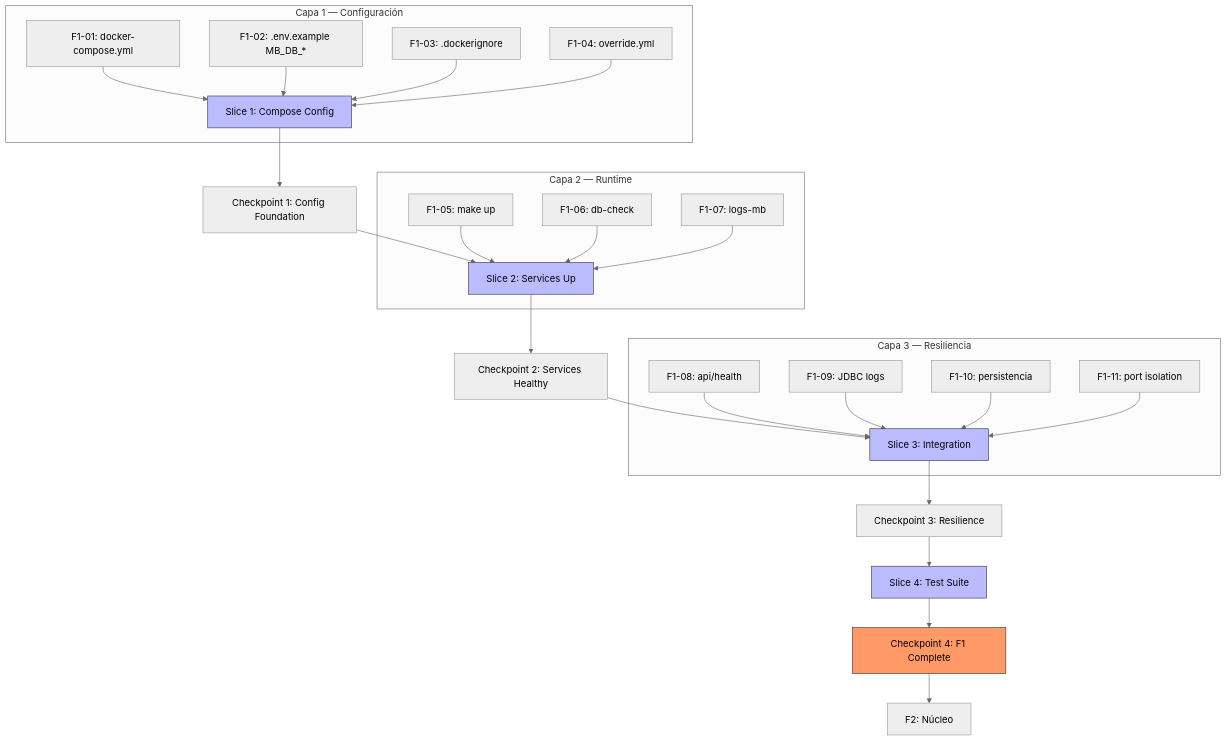
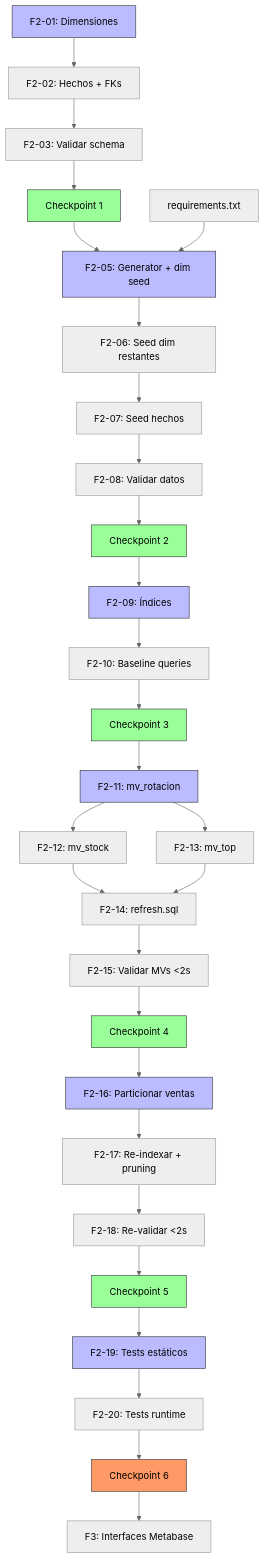
The diagram in tasks/plan.md (Fisherk2/dashboard-metabase-analiticas), drawn with Mermaid (neutral theme) before and after one commit. The commit also changed other lines of this file and 1 other file, not shown here.

First line of the commit message:
plan(f2): execution plan for Núcleo phase

````diff
--- a/tasks/plan.md
+++ b/tasks/plan.md
@@ -125,37 +175,43 @@
 ```mermaid
 graph TD
-    A[Slice 1: Compose Config] --> B[Checkpoint 1: Config Foundation]
-    B --> C[Slice 2: Services Up]
-    C --> D[Checkpoint 2: Services Healthy]
-    D --> E[Slice 3: Integration]
-    E --> F[Checkpoint 3: Resilience]
-    F --> G[Slice 4: Test Suite]
-    G --> H[Checkpoint 4: F1 Complete]
-    H --> I[F2: Núcleo]
-    
-    subgraph "Capa 1 — Configuración"
-        A1[F1-01: docker-compose.yml] --> A
-        A2[F1-02: .env.example MB_DB_*] --> A
-        A3[F1-03: .dockerignore] --> A
-        A4[F1-04: override.yml] --> A
-    end
-    
-    subgraph "Capa 2 — Runtime"
-        B1[F1-05: make up] --> C
-        B2[F1-06: db-check] --> C
-        B3[F1-07: logs-mb] --> C
-    end
-    
-    subgraph "Capa 3 — Resiliencia"
-        D1[F1-08: api/health] --> E
-        D2[F1-09: JDBC logs] --> E
-        D3[F1-10: persistencia] --> E
-        D4[F1-11: port isolation] --> E
-    end
-    
-    style A fill:#bbf,stroke:#333
-    style C fill:#bbf,stroke:#333
-    style E fill:#bbf,stroke:#333
-    style G fill:#bbf,stroke:#333
-    style H fill:#f96,stroke:#333
+    F2_01[F2-01: Dimensiones] --> F2_02[F2-02: Hechos + FKs]
+    F2_02 --> F2_03[F2-03: Validar schema]
+    F2_03 --> C1[Checkpoint 1]
+    C1 --> F2_05[F2-05: Generator + dim seed]
+    F2_04[requirements.txt] --> F2_05
+    F2_05 --> F2_06[F2-06: Seed dim restantes]
+    F2_06 --> F2_07[F2-07: Seed hechos]
+    F2_07 --> F2_08[F2-08: Validar datos]
+    F2_08 --> C2[Checkpoint 2]
+    C2 --> F2_09[F2-09: Índices]
+    F2_09 --> F2_10[F2-10: Baseline queries]
+    F2_10 --> C3[Checkpoint 3]
+    C3 --> F2_11[F2-11: mv_rotacion]
+    F2_11 --> F2_12[F2-12: mv_stock]
+    F2_11 --> F2_13[F2-13: mv_top]
+    F2_12 --> F2_14[F2-14: refresh.sql]
+    F2_13 --> F2_14
+    F2_14 --> F2_15[F2-15: Validar MVs <2s]
+    F2_15 --> C4[Checkpoint 4]
+    C4 --> F2_16[F2-16: Particionar ventas]
+    F2_16 --> F2_17[F2-17: Re-indexar + pruning]
+    F2_17 --> F2_18[F2-18: Re-validar <2s]
+    F2_18 --> C5[Checkpoint 5]
+    C5 --> F2_19[F2-19: Tests estáticos]
+    F2_19 --> F2_20[F2-20: Tests runtime]
+    F2_20 --> C6[Checkpoint 6]
+    C6 --> F3[F3: Interfaces Metabase]
+
+    style F2_01 fill:#bbf,stroke:#333
+    style F2_05 fill:#bbf,stroke:#333
+    style F2_09 fill:#bbf,stroke:#333
+    style F2_11 fill:#bbf,stroke:#333
+    style F2_16 fill:#bbf,stroke:#333
+    style F2_19 fill:#bbf,stroke:#333
+    style C1 fill:#9f9,stroke:#333
+    style C2 fill:#9f9,stroke:#333
+    style C3 fill:#9f9,stroke:#333
+    style C4 fill:#9f9,stroke:#333
+    style C5 fill:#9f9,stroke:#333
+    style C6 fill:#f96,stroke:#333
 ```
````
